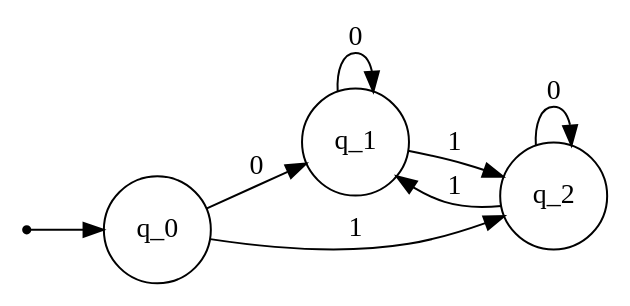
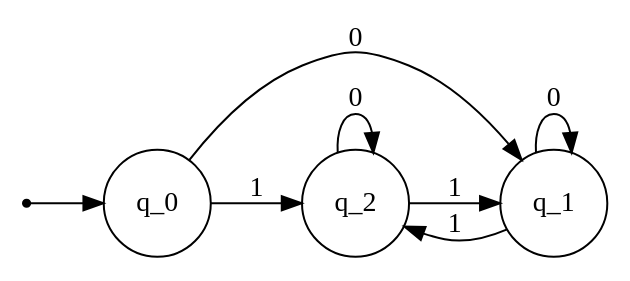
Before and after one commit to drnfns/cs1502: the diagram in graphs/01_design_ex1.2.gv, drawn with Graphviz. The commit also changed 6 other files, not shown here.

```diff
--- a/graphs/01_design_ex1.2.gv
+++ b/graphs/01_design_ex1.2.gv
@@ -1,14 +1,14 @@
 digraph finite_state_machine {
 	rankdir=LR;
   edge [margin = 0.1];
   node [shape=point] start;
 	node [shape = circle];
 
   start -> q_0;
-  q_0 -> q_1 [label = "0"];
+  q_0 -> q_1 [label = "0", constraint = false];
   q_1 -> q_1 [label = "0"];
   q_1 -> q_2 [label = "1"];
   q_2 -> q_1 [label = "1"];
   q_2 -> q_2 [label = "0"];
   q_0 -> q_2 [label = "1"];
 }
```
